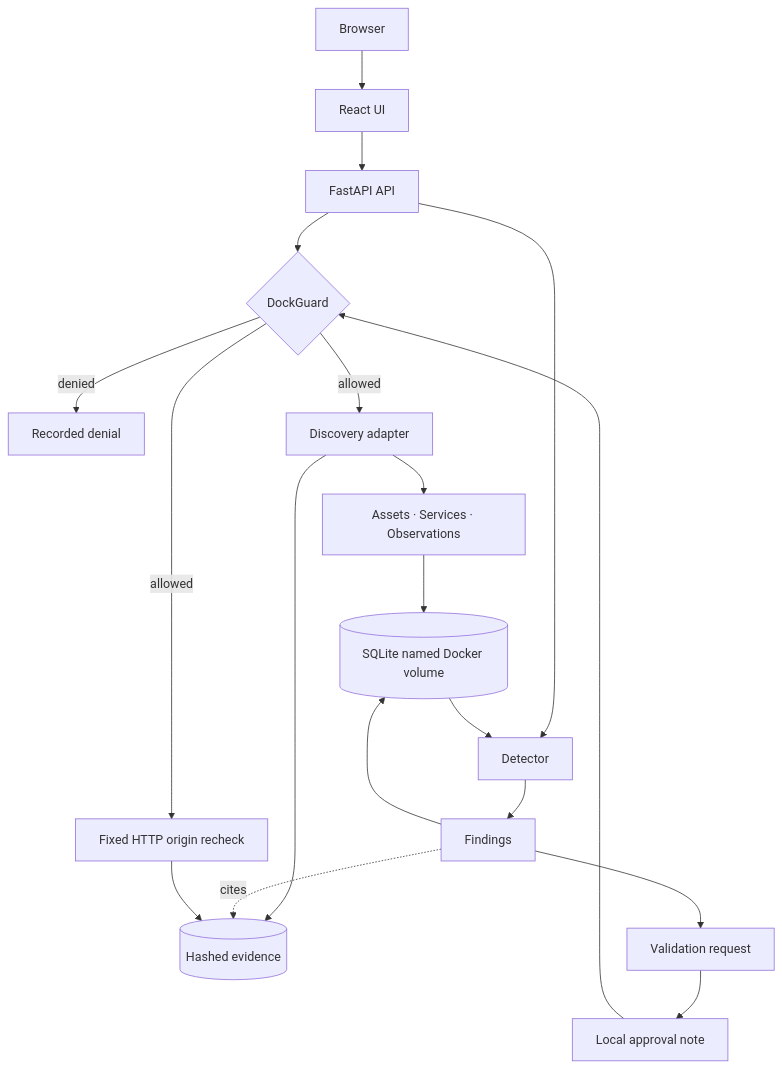
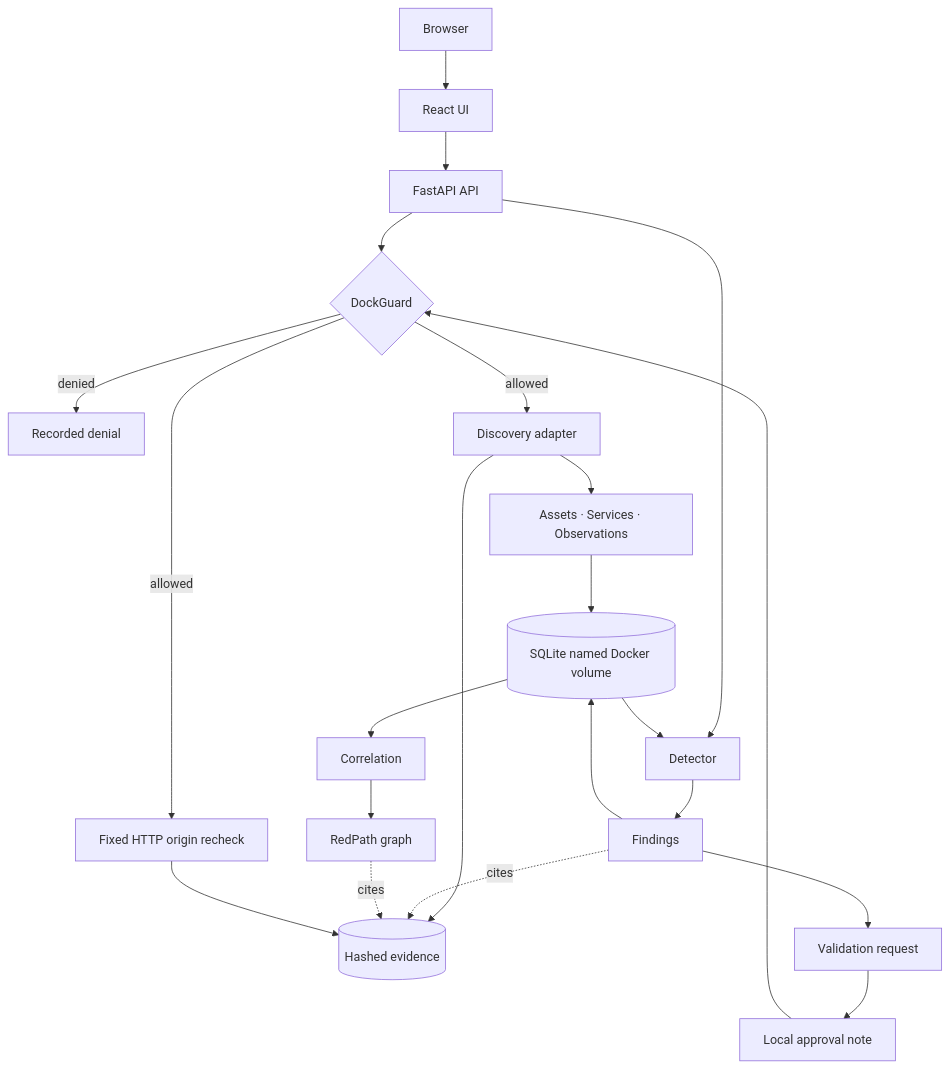
Before and after one commit to chriswayneh/RedDock: the diagram in README.md, drawn with Mermaid. The commit also changed other lines of this file and 28 other files, not shown here.

````diff
--- a/README.md
+++ b/README.md
@@ -105,21 +108,24 @@
 ```mermaid
 flowchart TB
   Browser[Browser] --> UI[React UI]
   UI --> API[FastAPI API]
   API --> Guard{DockGuard}
   Guard -->|denied| Audit[Recorded denial]
   Guard -->|allowed| Adapter[Discovery adapter]
   Adapter --> Normalize[Assets · Services · Observations]
   Normalize --> Database[(SQLite named Docker volume)]
   Adapter --> Evidence[(Hashed evidence)]
   API --> Detect[Detector]
   Database --> Detect
   Detect --> Findings[Findings]
   Findings --> Database
   Findings -.cites.-> Evidence
+  Database --> Correlate[Correlation]
+  Correlate --> RedPath[RedPath graph]
+  RedPath -.cites.-> Evidence
   Findings --> Request[Validation request]
   Request --> Approval[Local approval note]
   Approval --> Guard
   Guard -->|allowed| Recheck[Fixed HTTP origin recheck]
   Recheck --> Evidence
 ```
````
